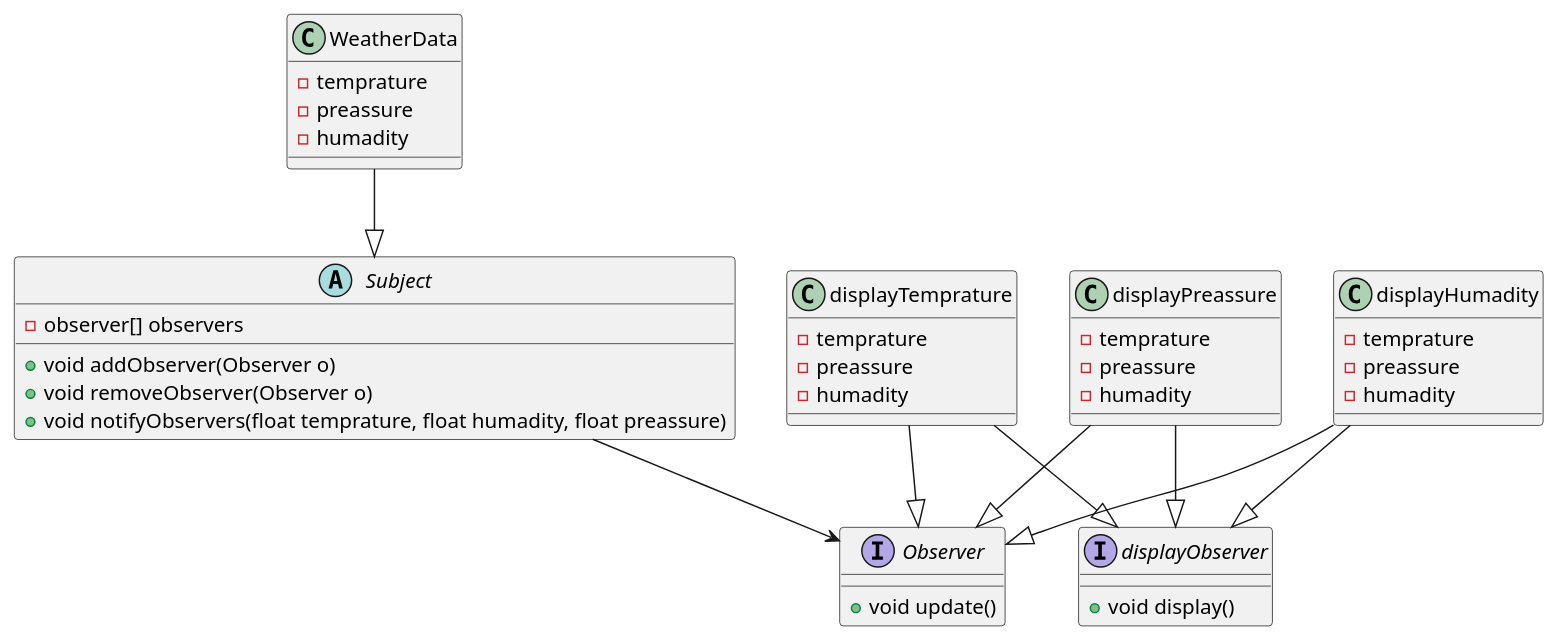
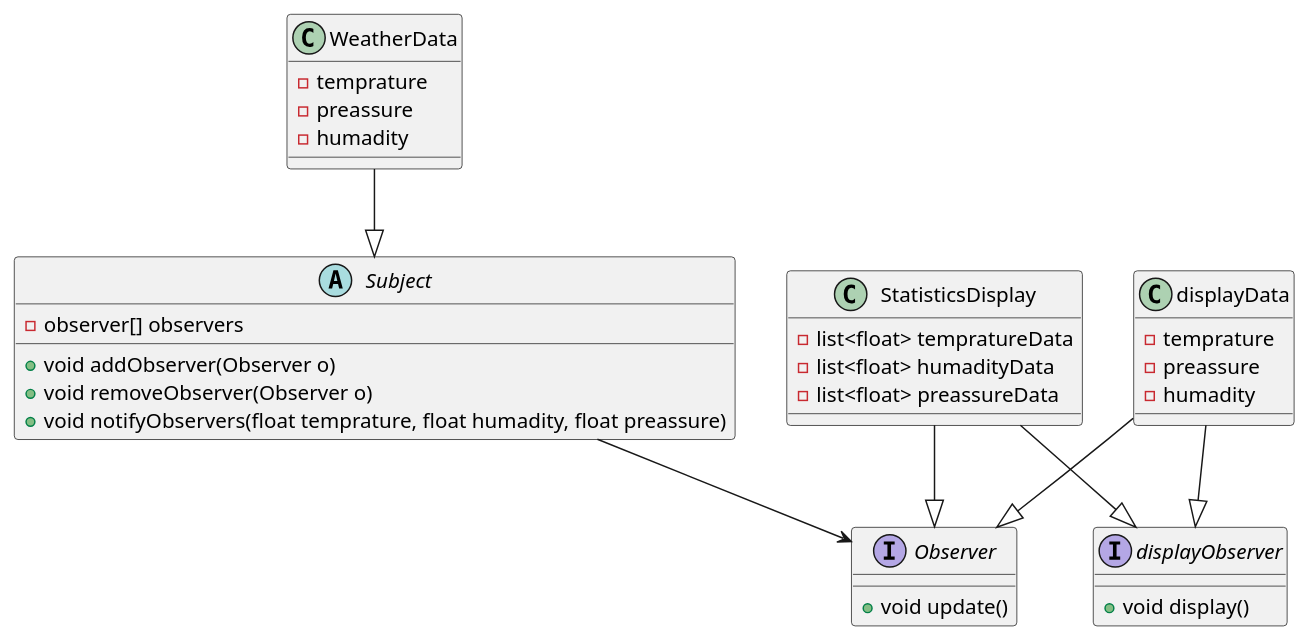
The diagram in observerPattern/docs/uml/observerPattern.puml (aamer867/designPatterns), drawn with PlantUML before and after one commit. The commit also changed 9 other files, not shown here.

Commit message:
update: display for Statistcal data

```diff
--- a/observerPattern/docs/uml/observerPattern.puml
+++ b/observerPattern/docs/uml/observerPattern.puml
@@ -1,52 +1,43 @@
 @startuml
 abstract class Subject {
 
     - observer[] observers
 
     + void addObserver(Observer o)
     + void removeObserver(Observer o)
     + void notifyObservers(float temprature, float humadity, float preassure)
 }
 
 interface Observer{
     + void update()
 }
 
 interface displayObserver {
     + void display()
 }
 
 class WeatherData {
     - temprature
     - preassure
     - humadity
 }
 
 Subject --> Observer
 WeatherData --|> Subject
 
-class displayTemprature {
+class displayData {
     - temprature
     - preassure
     - humadity
 }
-displayTemprature --|> displayObserver
-displayTemprature --|> Observer
+displayData --|> displayObserver
+displayData --|> Observer
 
-class displayPreassure {
-    - temprature
-    - preassure
-    - humadity
+class StatisticsDisplay {
+    - list<float> tempratureData
+    - list<float> humadityData
+    - list<float> preassureData
 }
-displayPreassure --|> displayObserver
-displayPreassure --|> Observer
-
-class displayHumadity {
-    - temprature
-    - preassure
-    - humadity
-}
-displayHumadity --|> displayObserver
-displayHumadity --|> Observer
-
+StatisticsDisplay --|> displayObserver
+StatisticsDisplay --|> Observer
 @enduml
```
